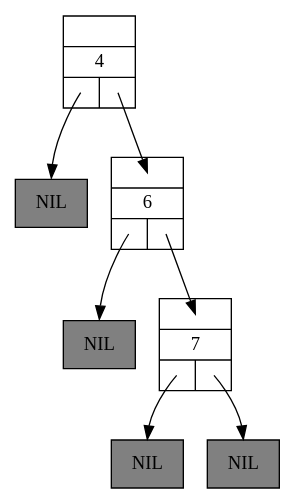
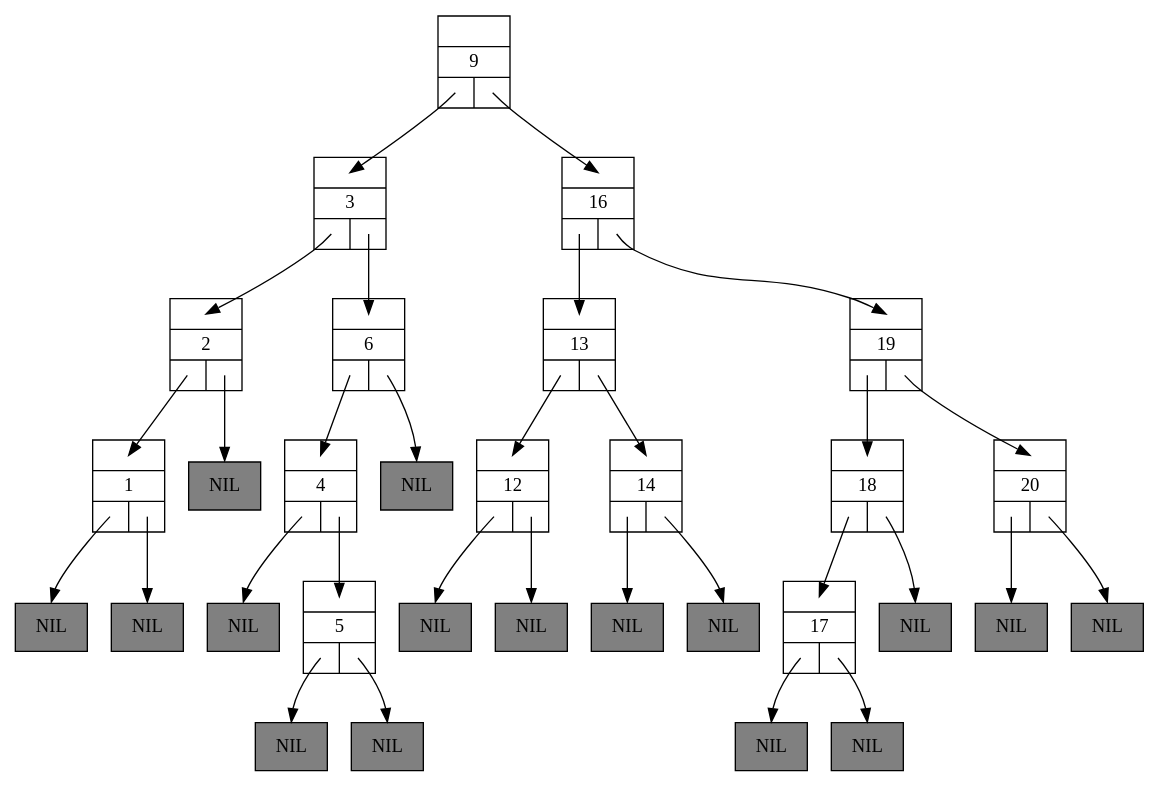
The diagram in TP/TP5/Code/Tree-5.dot (Ravemi987/Algo3), drawn with Graphviz before and after one commit. The commit also changed 22 other files, not shown here.

```diff
--- a/TP/TP5/Code/Tree-5.dot
+++ b/TP/TP5/Code/Tree-5.dot
@@ -1,19 +1,67 @@
 digraph BinarySearchTree4 {
 	graph [ranksep=0.5];
 	node [shape = record];
 
+	n1 [label="{{<parent>}|1|{<left>|<right>}}"];
+	lnil1 [style=filled, fillcolor=grey, label="NIL"];
+	n1:left:c -> lnil1:n [headclip=false, tailclip=false]
+	rnil1 [style=filled, fillcolor=grey, label="NIL"];
+	n1:right:c -> rnil1:n [headclip=false, tailclip=false]
+	n2 [label="{{<parent>}|2|{<left>|<right>}}"];
+	n2:left:c -> n1:parent:c [headclip=false, tailclip=false]
+	rnil2 [style=filled, fillcolor=grey, label="NIL"];
+	n2:right:c -> rnil2:n [headclip=false, tailclip=false]
+	n3 [label="{{<parent>}|3|{<left>|<right>}}"];
+	n3:left:c -> n2:parent:c [headclip=false, tailclip=false]
+	n3:right:c -> n6:parent:c [headclip=false, tailclip=false]
 	n4 [label="{{<parent>}|4|{<left>|<right>}}"];
 	lnil4 [style=filled, fillcolor=grey, label="NIL"];
 	n4:left:c -> lnil4:n [headclip=false, tailclip=false]
-	n4:right:c -> n6:parent:c [headclip=false, tailclip=false]
+	n4:right:c -> n5:parent:c [headclip=false, tailclip=false]
+	n5 [label="{{<parent>}|5|{<left>|<right>}}"];
+	lnil5 [style=filled, fillcolor=grey, label="NIL"];
+	n5:left:c -> lnil5:n [headclip=false, tailclip=false]
+	rnil5 [style=filled, fillcolor=grey, label="NIL"];
+	n5:right:c -> rnil5:n [headclip=false, tailclip=false]
 	n6 [label="{{<parent>}|6|{<left>|<right>}}"];
-	lnil6 [style=filled, fillcolor=grey, label="NIL"];
-	n6:left:c -> lnil6:n [headclip=false, tailclip=false]
-	n6:right:c -> n7:parent:c [headclip=false, tailclip=false]
-	n7 [label="{{<parent>}|7|{<left>|<right>}}"];
-	lnil7 [style=filled, fillcolor=grey, label="NIL"];
-	n7:left:c -> lnil7:n [headclip=false, tailclip=false]
-	rnil7 [style=filled, fillcolor=grey, label="NIL"];
-	n7:right:c -> rnil7:n [headclip=false, tailclip=false]
+	n6:left:c -> n4:parent:c [headclip=false, tailclip=false]
+	rnil6 [style=filled, fillcolor=grey, label="NIL"];
+	n6:right:c -> rnil6:n [headclip=false, tailclip=false]
+	n9 [label="{{<parent>}|9|{<left>|<right>}}"];
+	n9:left:c -> n3:parent:c [headclip=false, tailclip=false]
+	n9:right:c -> n16:parent:c [headclip=false, tailclip=false]
+	n12 [label="{{<parent>}|12|{<left>|<right>}}"];
+	lnil12 [style=filled, fillcolor=grey, label="NIL"];
+	n12:left:c -> lnil12:n [headclip=false, tailclip=false]
+	rnil12 [style=filled, fillcolor=grey, label="NIL"];
+	n12:right:c -> rnil12:n [headclip=false, tailclip=false]
+	n13 [label="{{<parent>}|13|{<left>|<right>}}"];
+	n13:left:c -> n12:parent:c [headclip=false, tailclip=false]
+	n13:right:c -> n14:parent:c [headclip=false, tailclip=false]
+	n14 [label="{{<parent>}|14|{<left>|<right>}}"];
+	lnil14 [style=filled, fillcolor=grey, label="NIL"];
+	n14:left:c -> lnil14:n [headclip=false, tailclip=false]
+	rnil14 [style=filled, fillcolor=grey, label="NIL"];
+	n14:right:c -> rnil14:n [headclip=false, tailclip=false]
+	n16 [label="{{<parent>}|16|{<left>|<right>}}"];
+	n16:left:c -> n13:parent:c [headclip=false, tailclip=false]
+	n16:right:c -> n19:parent:c [headclip=false, tailclip=false]
+	n17 [label="{{<parent>}|17|{<left>|<right>}}"];
+	lnil17 [style=filled, fillcolor=grey, label="NIL"];
+	n17:left:c -> lnil17:n [headclip=false, tailclip=false]
+	rnil17 [style=filled, fillcolor=grey, label="NIL"];
+	n17:right:c -> rnil17:n [headclip=false, tailclip=false]
+	n18 [label="{{<parent>}|18|{<left>|<right>}}"];
+	n18:left:c -> n17:parent:c [headclip=false, tailclip=false]
+	rnil18 [style=filled, fillcolor=grey, label="NIL"];
+	n18:right:c -> rnil18:n [headclip=false, tailclip=false]
+	n19 [label="{{<parent>}|19|{<left>|<right>}}"];
+	n19:left:c -> n18:parent:c [headclip=false, tailclip=false]
+	n19:right:c -> n20:parent:c [headclip=false, tailclip=false]
+	n20 [label="{{<parent>}|20|{<left>|<right>}}"];
+	lnil20 [style=filled, fillcolor=grey, label="NIL"];
+	n20:left:c -> lnil20:n [headclip=false, tailclip=false]
+	rnil20 [style=filled, fillcolor=grey, label="NIL"];
+	n20:right:c -> rnil20:n [headclip=false, tailclip=false]
 
 }
```
